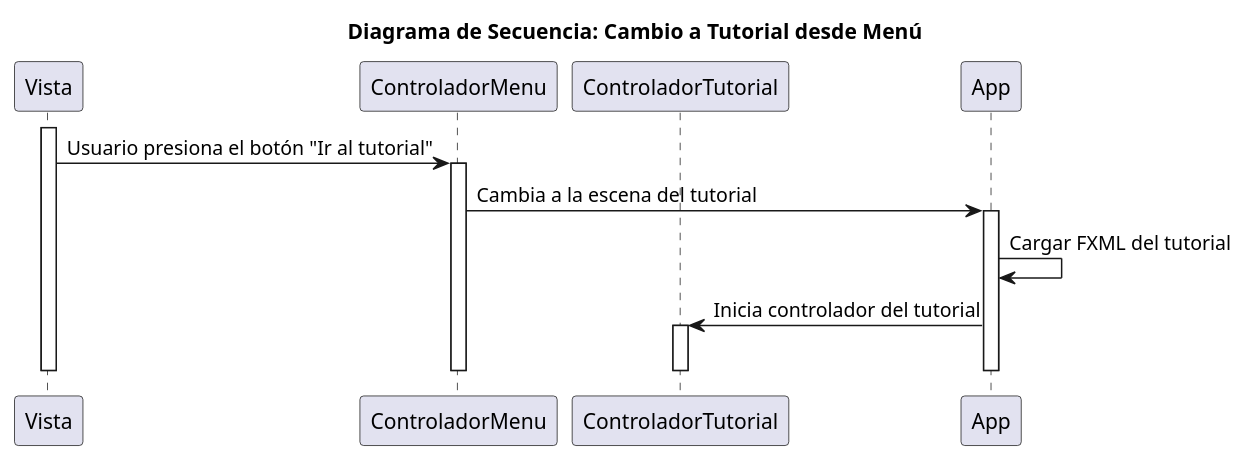
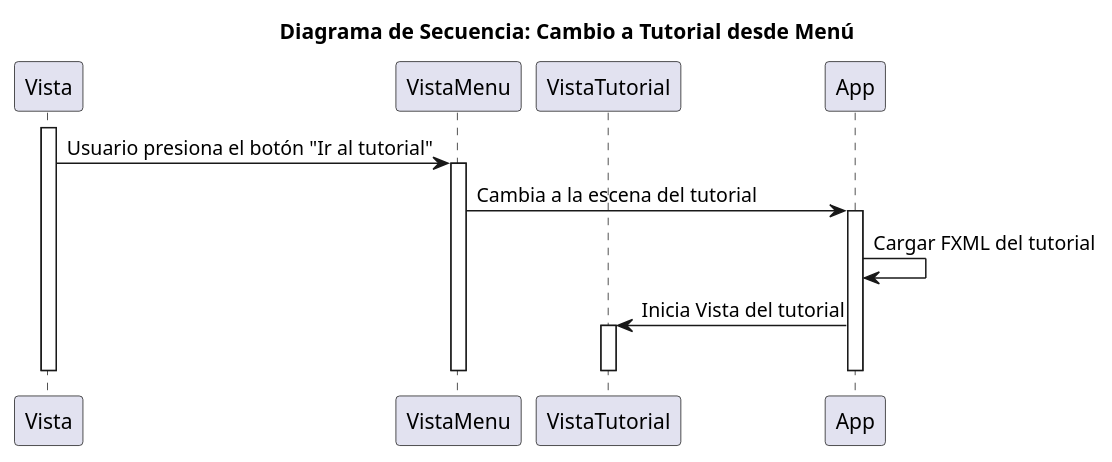
One commit to FelipeAscencio/TP1_ParadigmasDeLaProgramacion changed the diagram in doc/diagrama de secuencia menu a tutorial.puml. Above: the diagram before and after it, drawn with PlantUML. The commit also changed 9 other files, not shown here.

```diff
--- a/doc/diagrama de secuencia menu a tutorial.puml
+++ b/doc/diagrama de secuencia menu a tutorial.puml
@@ -1,23 +1,23 @@
 @startuml
 
 title Diagrama de Secuencia: Cambio a Tutorial desde Menú
 
 participant Vista
-participant ControladorMenu
-participant ControladorTutorial
+participant VistaMenu
+participant VistaTutorial
 participant App
 
 activate Vista
-Vista -> ControladorMenu: Usuario presiona el botón "Ir al tutorial"
-activate ControladorMenu
-ControladorMenu -> App: Cambia a la escena del tutorial
+Vista -> VistaMenu: Usuario presiona el botón "Ir al tutorial"
+activate VistaMenu
+VistaMenu -> App: Cambia a la escena del tutorial
 activate App
 App -> App: Cargar FXML del tutorial
-App -> ControladorTutorial: Inicia controlador del tutorial
-activate ControladorTutorial
+App -> VistaTutorial: Inicia Vista del tutorial
+activate VistaTutorial
 deactivate App
-deactivate ControladorTutorial
-deactivate ControladorMenu
+deactivate VistaTutorial
+deactivate VistaMenu
 deactivate Vista
 
 @enduml
```
